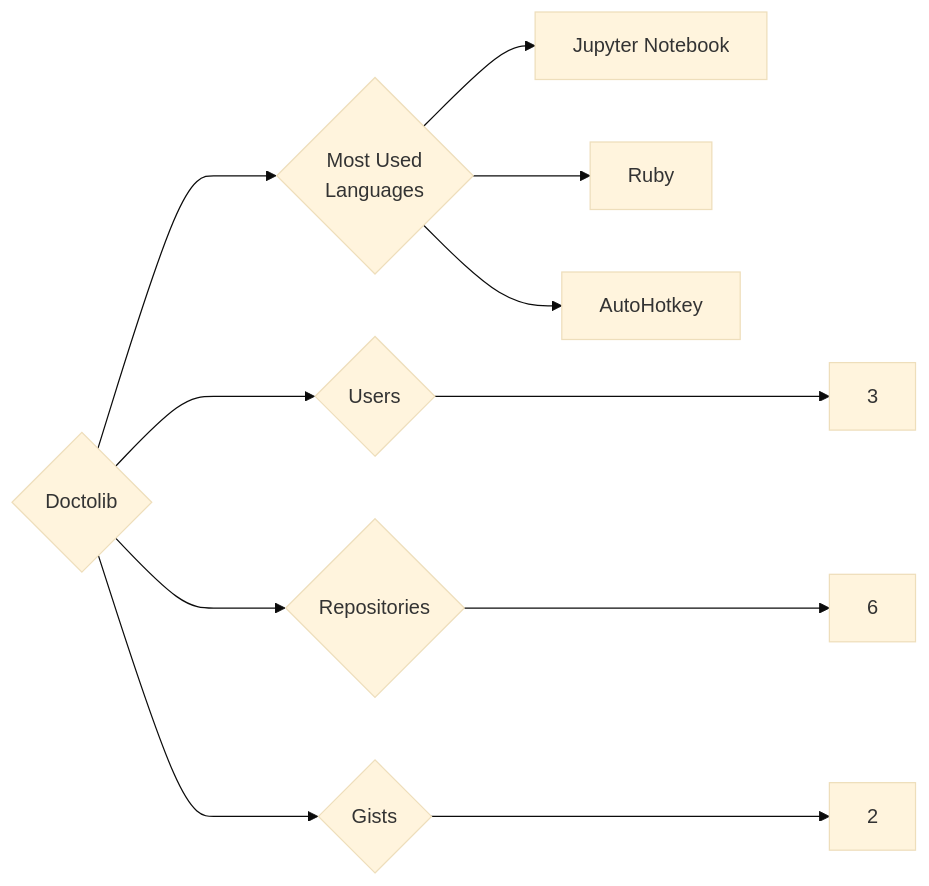
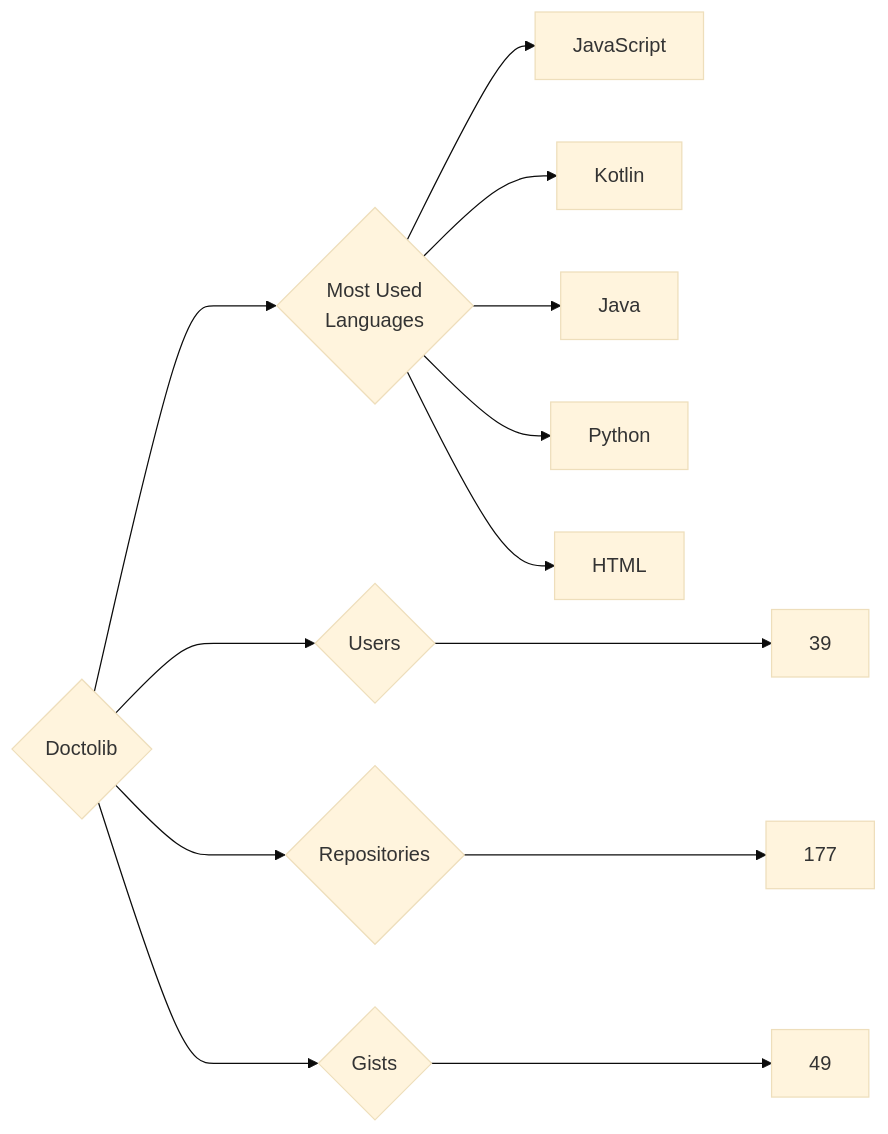
The diagram in targets/Doctolib/README.md (trickest/insiders), drawn with Mermaid (base theme) before and after one commit. The commit also changed 988 other files, not shown here.

````diff
--- a/targets/Doctolib/README.md
+++ b/targets/Doctolib/README.md
@@ -3,11 +3,13 @@
 ```mermaid
 graph LR
 COMPANY_NAME{Doctolib}
-COMPANY_NAME ---> U{Users} ---> UN[3]
-COMPANY_NAME ---> R{Repositories} ---> RN[6]
-COMPANY_NAME ---> G{Gists} ---> GN[2]
+COMPANY_NAME ---> U{Users} ---> UN[39]
+COMPANY_NAME ---> R{Repositories} ---> RN[177]
+COMPANY_NAME ---> G{Gists} ---> GN[49]
 COMPANY_NAME ---> ML{Most Used<br>Languages}
-ML --> Jupyter_Notebook[Jupyter Notebook]
-ML --> Ruby[Ruby]
-ML --> AutoHotkey[AutoHotkey]
+ML --> JavaScript[JavaScript]
+ML --> Kotlin[Kotlin]
+ML --> Java[Java]
+ML --> Python[Python]
+ML --> HTML[HTML]
 ```
````
